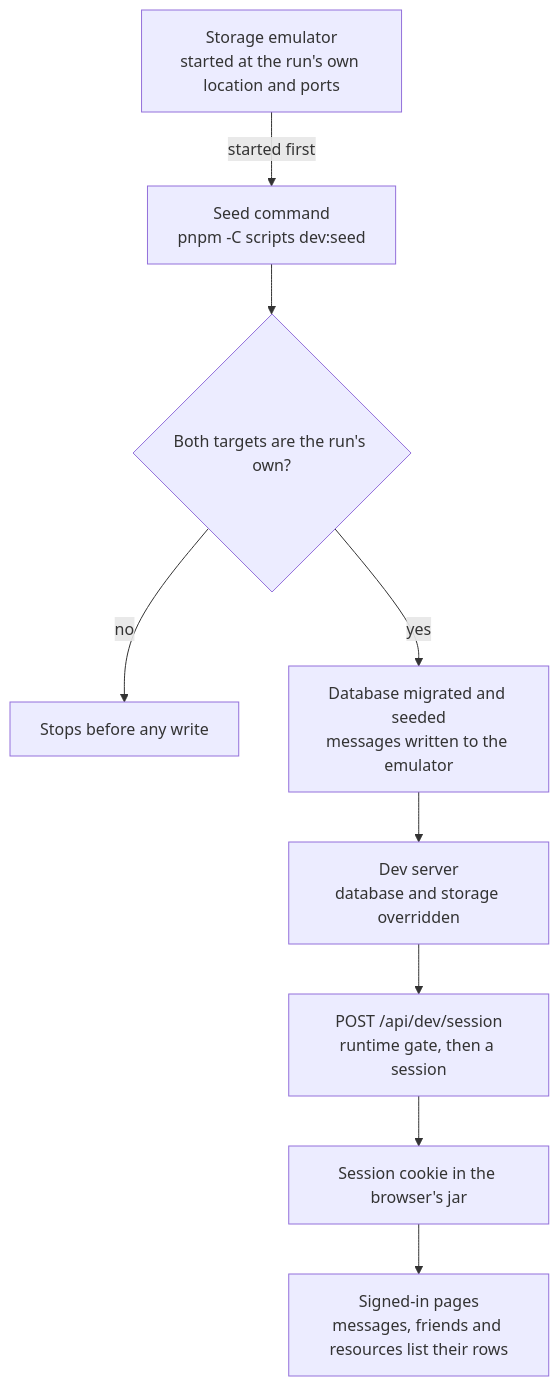
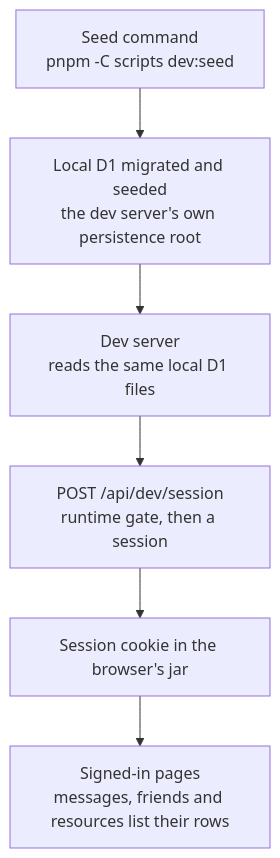
The diagram in openspec/specs/architecture/driven-session/design.md (Esposter/Esposter), drawn with Mermaid before and after one commit. The commit also changed other lines of this file and 14 other files, not shown here.

````diff
--- a/openspec/specs/architecture/driven-session/design.md
+++ b/openspec/specs/architecture/driven-session/design.md
@@ -21,11 +21,8 @@
 ```mermaid
 flowchart TB
-  emu["Storage emulator<br/>started at the run's own location and ports"] -->|"started first"| seed["Seed command<br/>pnpm -C scripts dev:seed"]
-  seed --> gate{"Both targets are the run's own?"}
-  gate -- no --> stop["Stops before any write"]
-  gate -- yes --> data["Database migrated and seeded<br/>messages written to the emulator"]
-  data --> server["Dev server<br/>database and storage overridden"]
+  seed["Seed command<br/>pnpm -C scripts dev:seed"] --> data["Local D1 migrated and seeded<br/>the dev server's own persistence root"]
+  data --> server["Dev server<br/>reads the same local D1 files"]
   server --> post["POST /api/dev/session<br/>runtime gate, then a session"]
   post --> jar["Session cookie in the browser's jar"]
   jar --> pages["Signed-in pages<br/>messages, friends and resources list their rows"]
 ```
````
